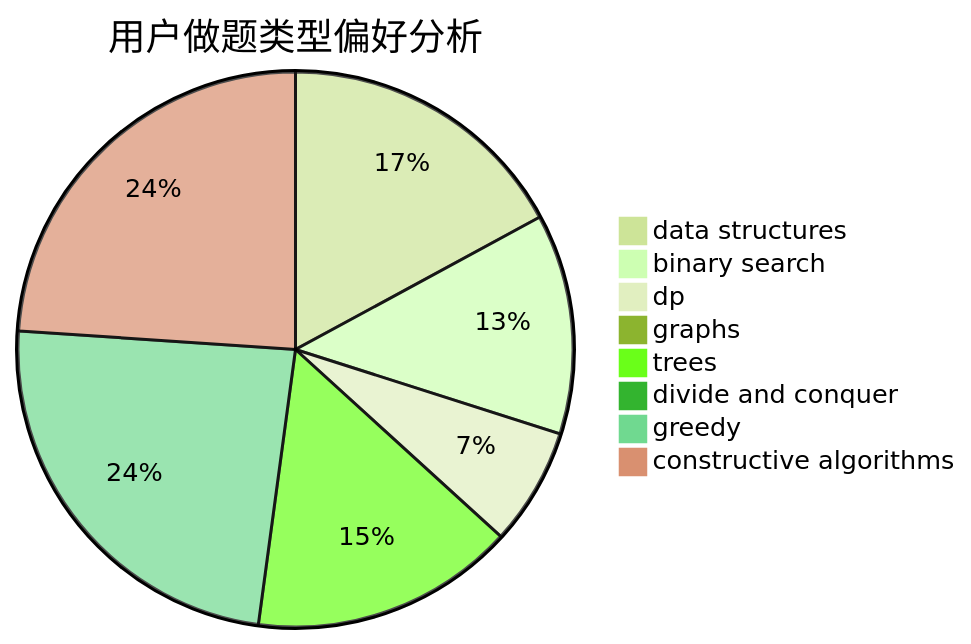
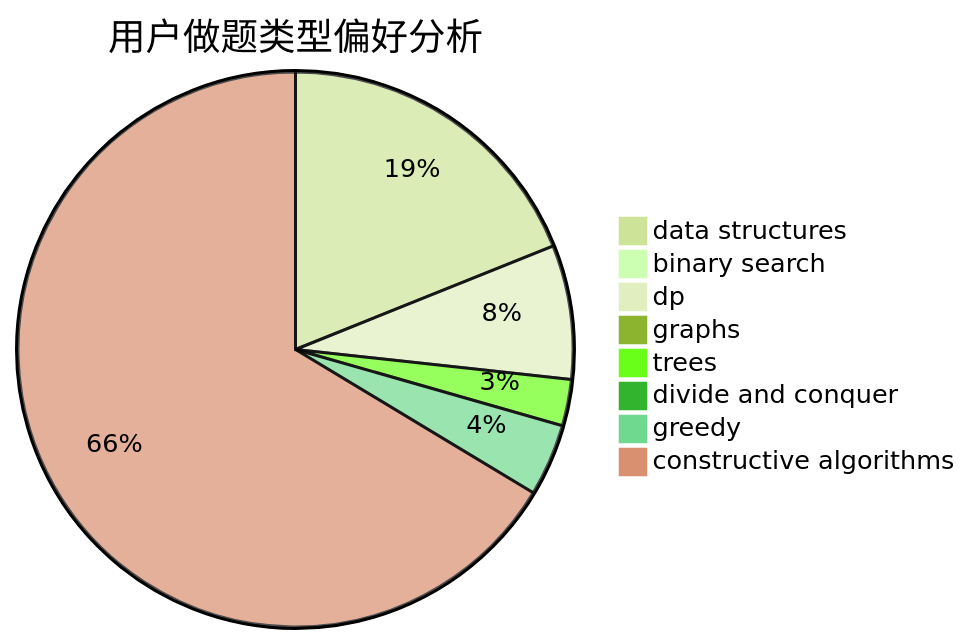
One commit to sherpahu/cfrs.github.io changed the second of 3 diagrams in docs/user/u1345.md. Above: the diagram before and after it, drawn with Mermaid (forest theme). The commit also changed other lines of this file and 2770 other files, not shown here.

````diff
--- a/docs/user/u1345.md
+++ b/docs/user/u1345.md
@@ -23,11 +23,11 @@
 ```mermaid
 pie title 用户做题类型偏好分析
-    "data structures" :  20
-    "binary search" :  15
-    "dp" :  8
-    "graphs" :  0
-    "trees" :  18
+    "data structures" :  63
+    "binary search" :  2
+    "dp" :  26
+    "graphs" :  1
+    "trees" :  9
     "divide and conquer" :  0
-    "greedy" :  28
-    "constructive algorithms" :  28
+    "greedy" :  14
+    "constructive algorithms" :  221
 ```
````
